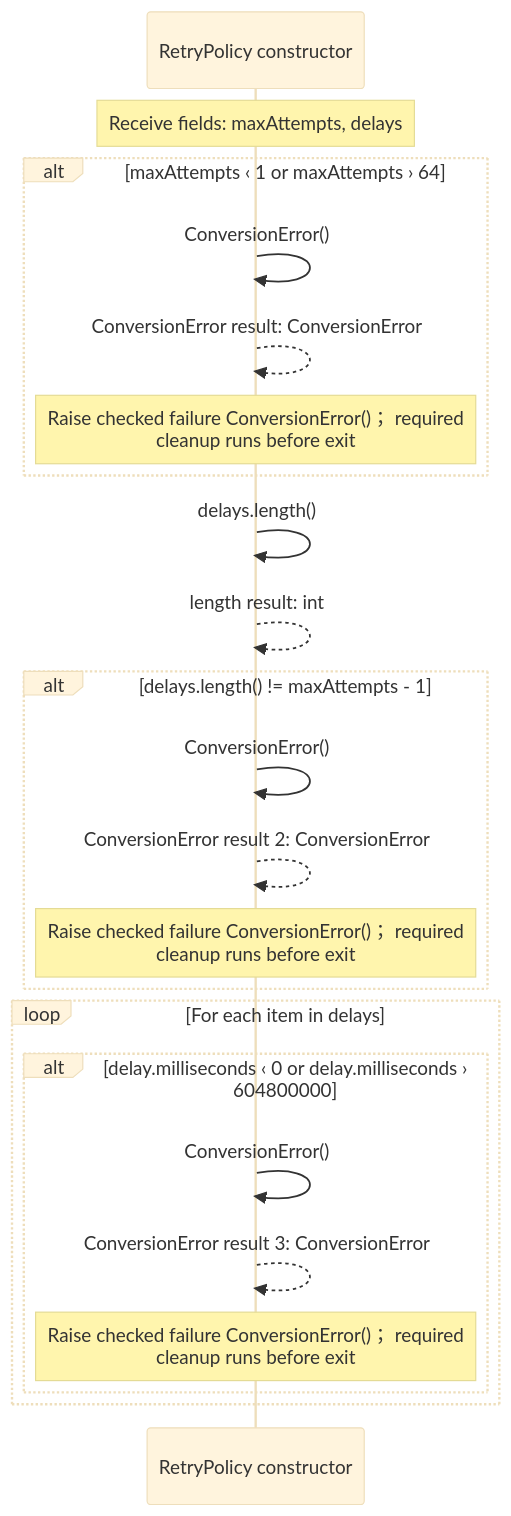
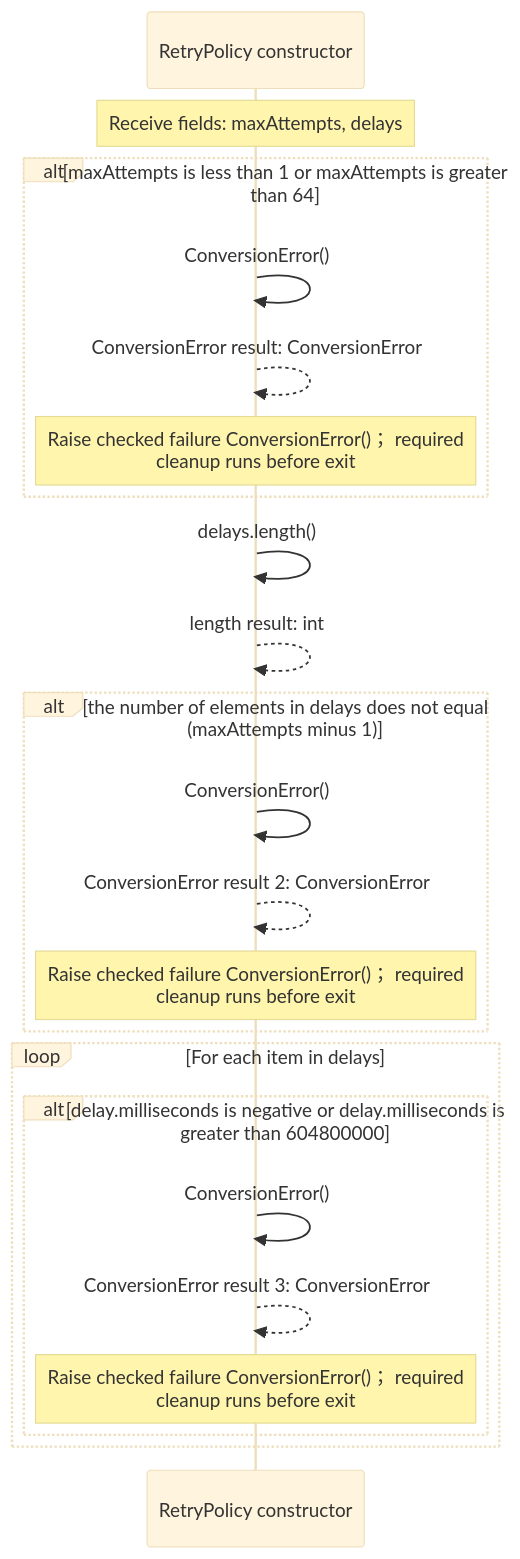
Before and after one commit to GreenPandaStudios/augscript: the first of 2 diagrams in src/stdlib/values/retries.aug.diagrams.md, drawn with Mermaid (base theme). The commit also changed other lines of this file and 658 other files, not shown here.

````diff
--- a/src/stdlib/values/retries.aug.diagrams.md
+++ b/src/stdlib/values/retries.aug.diagrams.md
@@ -18,25 +26,25 @@
 ```mermaid
 sequenceDiagram
     participant p0 as RetryPolicy constructor
 
     Note over p0: Receive fields: maxAttempts, delays
-    alt maxAttempts ‹ 1 or maxAttempts › 64
+    alt maxAttempts is less than 1 or maxAttempts is greater<br/>than 64
     p0->>p0: ConversionError()
     p0-->>p0: ConversionError result: ConversionError
     Note over p0: Raise checked failure ConversionError()； required<br/>cleanup runs before exit
     end
     p0->>p0: delays.length()
     p0-->>p0: length result: int
-    alt delays.length() != maxAttempts - 1
+    alt the number of elements in delays does not equal<br/>(maxAttempts minus 1)
     p0->>p0: ConversionError()
     p0-->>p0: ConversionError result 2: ConversionError
     Note over p0: Raise checked failure ConversionError()； required<br/>cleanup runs before exit
     end
     loop For each item in delays
-    alt delay.milliseconds ‹ 0 or delay.milliseconds › 604800000
+    alt delay.milliseconds is negative or delay.milliseconds is<br/>greater than 604800000
     p0->>p0: ConversionError()
     p0-->>p0: ConversionError result 3: ConversionError
     Note over p0: Raise checked failure ConversionError()； required<br/>cleanup runs before exit
     end
     end
 ```
````
